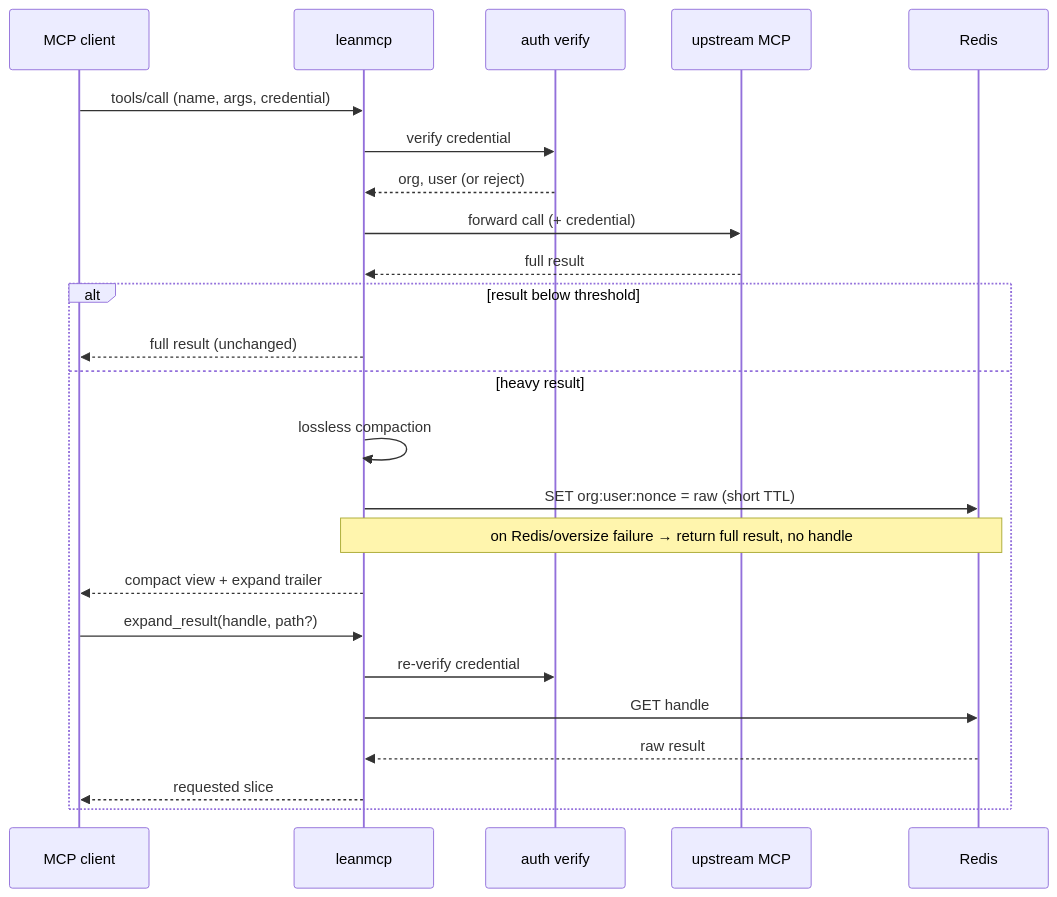
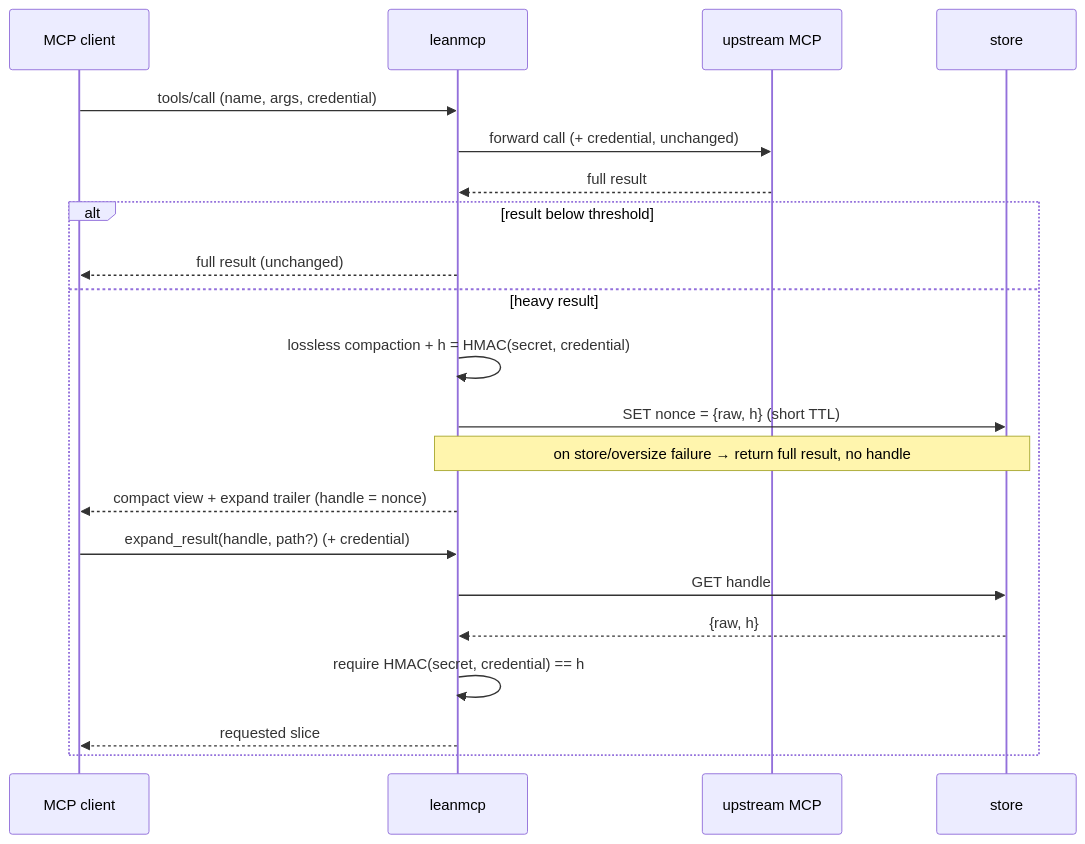
One commit to mayur-tolexo/leanmcp changed the second of 2 diagrams in docs/design/2026-06-21-leanmcp-design.md. Above: the diagram before and after it, drawn with Mermaid. The commit also changed other lines of this file and 3 other files, not shown here.

First line of the commit message:
docs: replace verifier with credential-hash handle binding; make store pluggable

````diff
--- a/docs/design/2026-06-21-leanmcp-design.md
+++ b/docs/design/2026-06-21-leanmcp-design.md
@@ -79,27 +86,24 @@
 ```mermaid
 sequenceDiagram
     participant C as MCP client
     participant L as leanmcp
-    participant A as auth verify
     participant U as upstream MCP
-    participant R as Redis
+    participant S as store
 
     C->>L: tools/call (name, args, credential)
-    L->>A: verify credential
-    A-->>L: org, user (or reject)
-    L->>U: forward call (+ credential)
+    L->>U: forward call (+ credential, unchanged)
     U-->>L: full result
     alt result below threshold
         L-->>C: full result (unchanged)
     else heavy result
-        L->>L: lossless compaction
-        L->>R: SET org:user:nonce = raw (short TTL)
-        Note over L,R: on Redis/oversize failure → return full result, no handle
-        L-->>C: compact view + expand trailer
-        C->>L: expand_result(handle, path?)
-        L->>A: re-verify credential
-        L->>R: GET handle
-        R-->>L: raw result
+        L->>L: lossless compaction + h = HMAC(secret, credential)
+        L->>S: SET nonce = {raw, h} (short TTL)
+        Note over L,S: on store/oversize failure → return full result, no handle
+        L-->>C: compact view + expand trailer (handle = nonce)
+        C->>L: expand_result(handle, path?) (+ credential)
+        L->>S: GET handle
+        S-->>L: {raw, h}
+        L->>L: require HMAC(secret, credential) == h
         L-->>C: requested slice
     end
 ```
````
